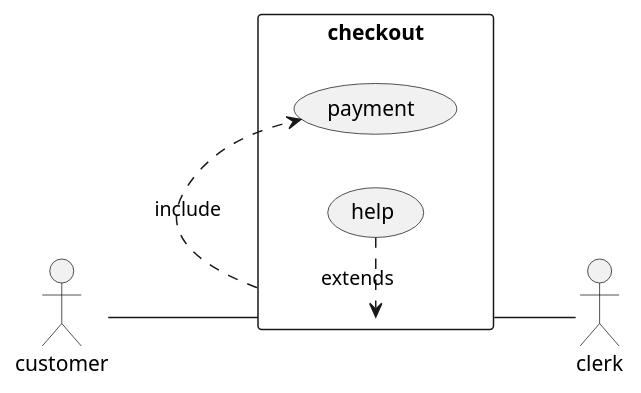
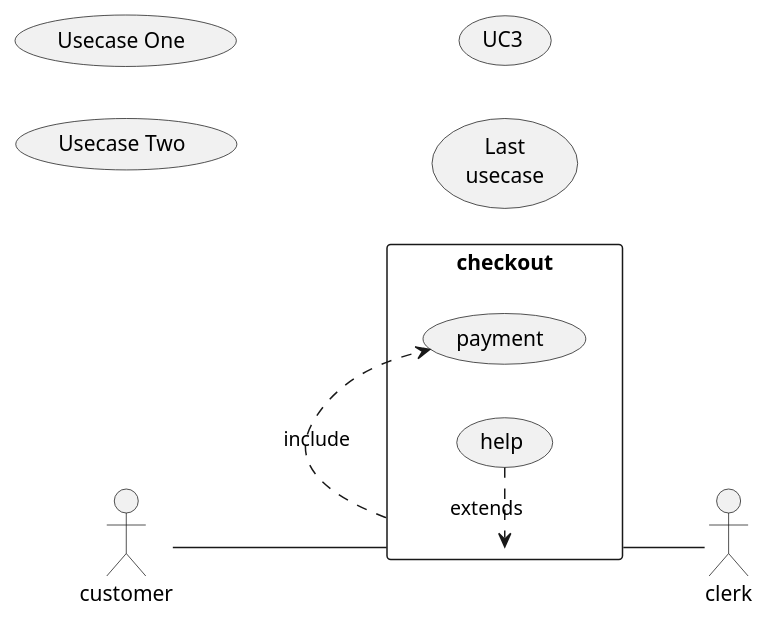
The seventh of 11 diagrams in _orgs/_posts/linux/2016-06-06-using-emacs.org (qingyunzs/qingyunzs.github.io), drawn with PlantUML before and after one commit. The commit also changed other lines of this file and 14 other files, not shown here.

Commit message:
modify plantuml: new source code

```diff
--- a/_orgs/_posts/linux/2016-06-06-using-emacs.org
+++ b/_orgs/_posts/linux/2016-06-06-using-emacs.org
@@ -891,12 +870,19 @@
-     #+BEGIN_SRC plantuml :file {{site.url}}/assets/images/plantuml-quickstart-u99.png
-     left to right direction
-     skinparam packageStyle rect
-     actor customer
-     actor clerk
-     rectangle checkout {
-     customer -- (checkout)
-     (checkout) .> (payment) : include
-     (help) .> (checkout) : extends
-     (checkout) -- clerk
-     }
-     #+END_SRC
+	 #+BEGIN_SRC plantuml :file {{site.url}}/assets/images/plantuml-quickstart-u1.png
+	 @startuml
+	 (Usecase One)
+	 (Usecase Two) as (UC2)
+	 usecase UC3
+	 usecase (Last\nusecase) as UC4
+
+	 left to right direction
+	 skinparam packageStyle rect
+	 actor customer
+	 actor clerk
+	 rectangle checkout {
+	    customer -- (checkout)
+	    (checkout) .> (payment) : include
+	    (help) .> (checkout) : extends
+	    (checkout) -- clerk
+	 }
+	 @enduml
+	 #+END_SRC
```
